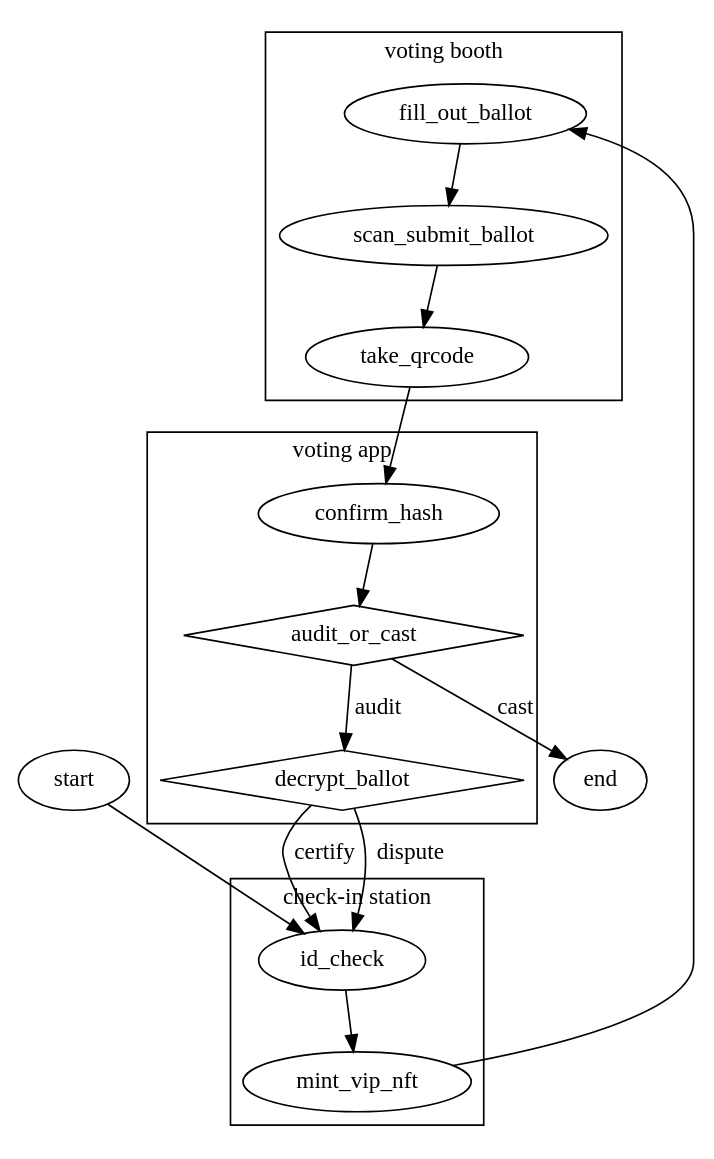
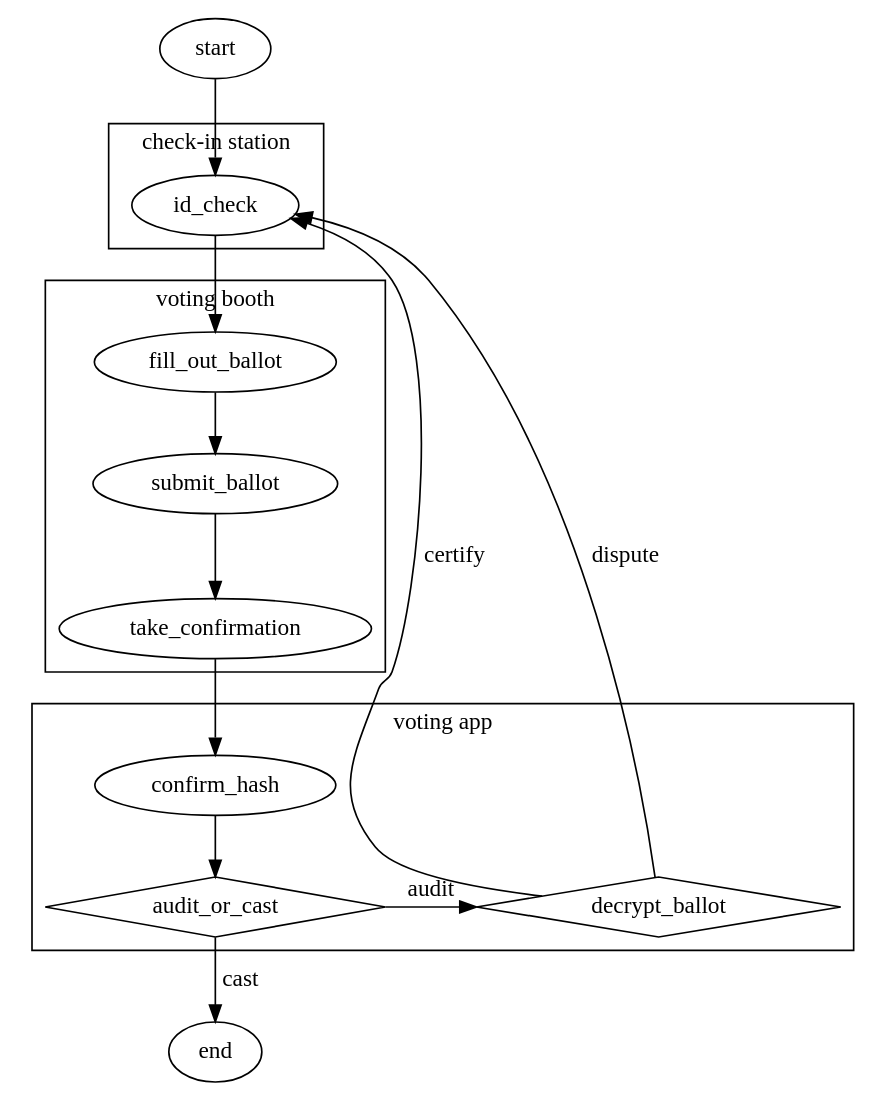
One commit to jefdaj/cryptoisland changed the diagram in src/posts/2024/10/15/mechanics-of-the-benaloh-challenge/proposed-workflow.dot. Above: the diagram before and after it, drawn with Graphviz. The commit also changed 3 other files, not shown here.

```diff
--- a/src/posts/2024/10/15/mechanics-of-the-benaloh-challenge/proposed-workflow.dot
+++ b/src/posts/2024/10/15/mechanics-of-the-benaloh-challenge/proposed-workflow.dot
@@ -1,42 +1,43 @@
 digraph proposed_workflow {
   start -> id_check
   subgraph cluster_checkin {
     label="check-in station"
-    id_check -> mint_vip_nft
+    // id_check -> mint_vip_nft
+    id_check
   }
   subgraph cluster_votingbooth {
     label="voting booth"
-    fill_out_ballot -> scan_submit_ballot -> take_qrcode
+    fill_out_ballot -> submit_ballot -> take_confirmation
   }
   subgraph cluster_phone {
     label="voting app"
-    take_qrcode -> confirm_hash
+    take_confirmation -> confirm_hash -> audit_or_cast
+    decrypt_ballot [shape=diamond]
     audit_or_cast [shape=diamond]
-    decrypt_ballot [shape=diamond]
-    confirm_hash -> audit_or_cast
+    rank=same {audit_or_cast,decrypt_ballot}
+    audit_or_cast -> decrypt_ballot [label="audit"]
   }
   // TODO separate post
   // subgraph cluster_checkout {
   //   label="check-out station"
   //   mint_personal_nfts
   // }
   // subgraph cluster_dispute {
   //   label="arbitration"
   //   dispute -> open_ballot_box -> id_check
   // }
   // TODO separate post
   // subgraph cluster_verify {
   //   label="verifier app"
   //   verify_tally -> mint_verifier_nft
   // }
-  mint_vip_nft -> fill_out_ballot
+  id_check -> fill_out_ballot
   // audit_or_cast -> mint_personal_nfts [label="cast"]
   audit_or_cast -> end [label="cast"]
-  audit_or_cast -> decrypt_ballot [label="audit"]
-  decrypt_ballot -> id_check [label="certify"]
-  decrypt_ballot -> id_check [label="dispute"]
+  decrypt_ballot -> id_check [label="certify", weight=0]
+  decrypt_ballot -> id_check [label="dispute", weight=0]
   // id_check -> mint_personal_nfts [style="dashed"] // leave without voting
   // mint_personal_nfts -> verify_tally
   // mint_personal_nfts -> end
   // mint_verifier_nft -> end
 }
```
